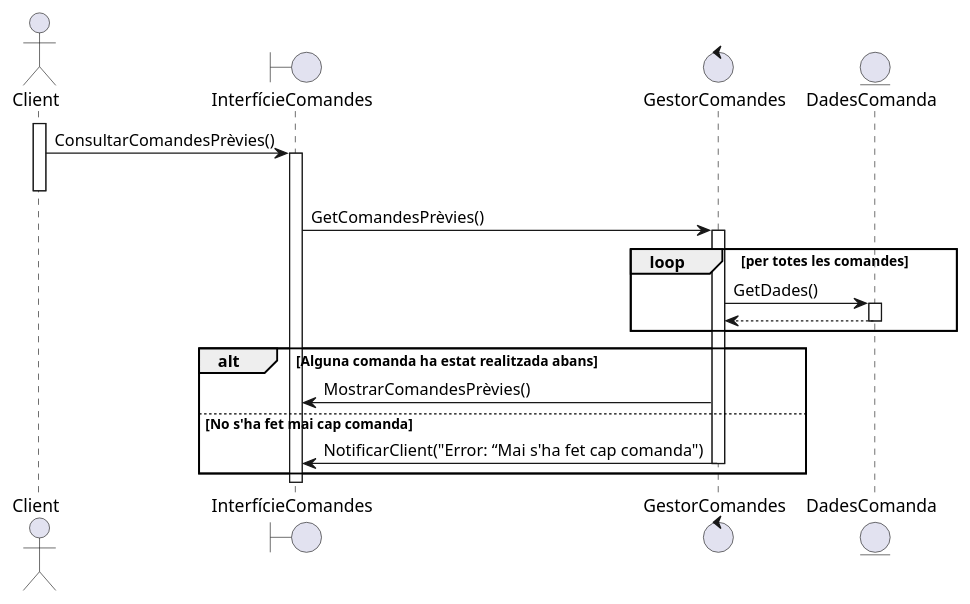
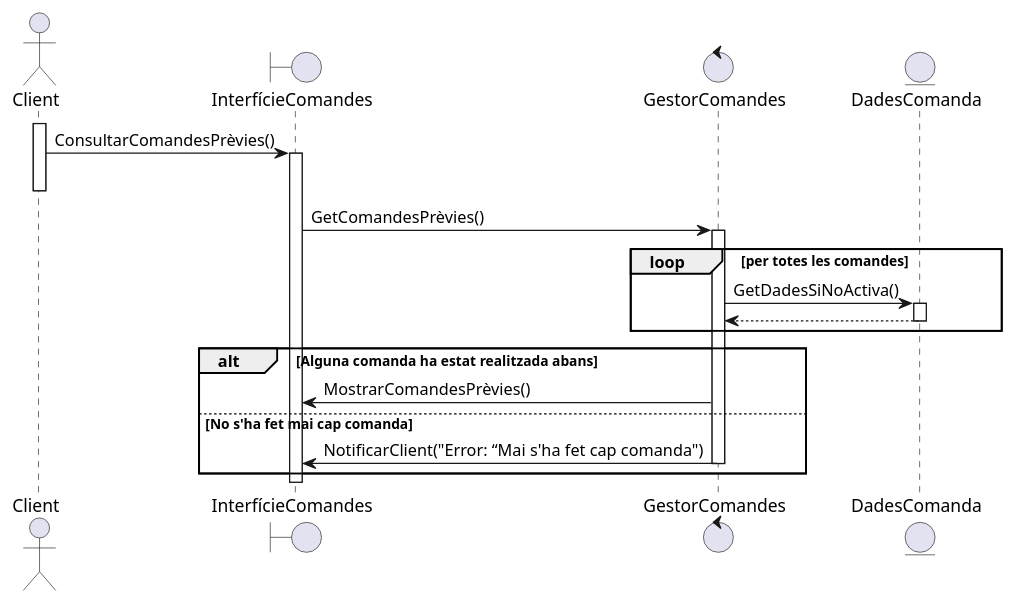
One commit to martipages/ES23UAB431-02 changed the diagram in documents/Diagrames i Especificacions/Seqüencia/seta/1-Consultar comandes prèvies.puml. Above: the diagram before and after it, drawn with PlantUML. The commit also changed 19 other files, not shown here.

```diff
--- a/documents/Diagrames i Especificacions/Seqüencia/seta/1-Consultar comandes prèvies.puml
+++ b/documents/Diagrames i Especificacions/Seqüencia/seta/1-Consultar comandes prèvies.puml
@@ -1,25 +1,27 @@
 @startuml
 actor Client
 boundary InterfícieComandes
 control GestorComandes
 entity DadesComanda
 
+
 Client++
 Client -> InterfícieComandes++: ConsultarComandesPrèvies()
 Client--
 
+
 InterfícieComandes -> GestorComandes ++: GetComandesPrèvies()
 loop per totes les comandes
-GestorComandes -> DadesComanda ++: GetDades()
+GestorComandes -> DadesComanda ++: GetDadesSiNoActiva()
 DadesComanda --> GestorComandes --
 end loop
 alt Alguna comanda ha estat realitzada abans
 GestorComandes->InterfícieComandes: MostrarComandesPrèvies() 
 else No s'ha fet mai cap comanda
 GestorComandes->InterfícieComandes--: NotificarClient("Error: “Mai s'ha fet cap comanda")
 end
 
 
 InterfícieComandes--
 
 @enduml
```
